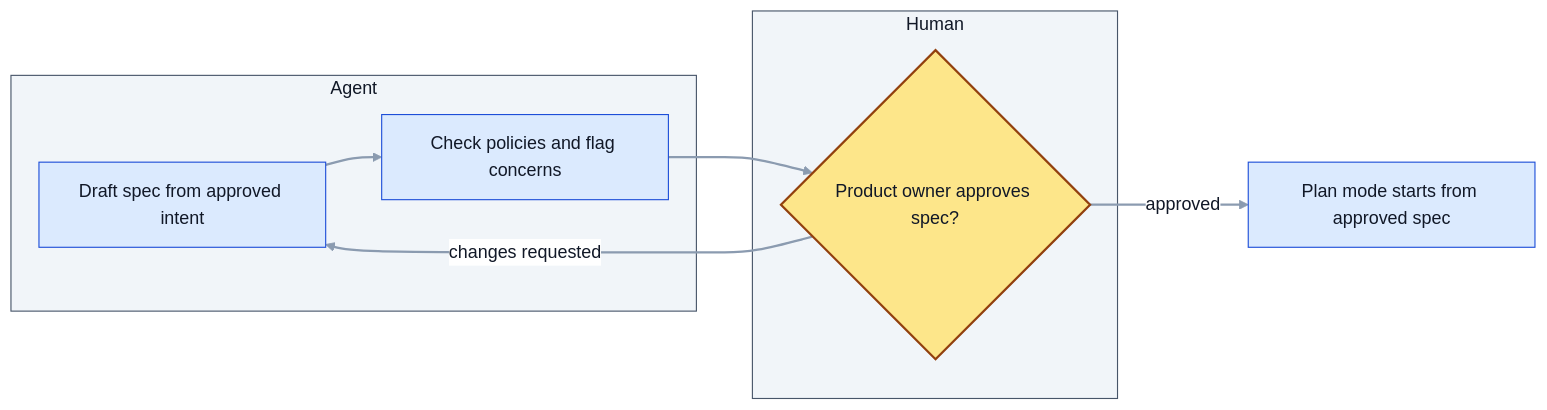
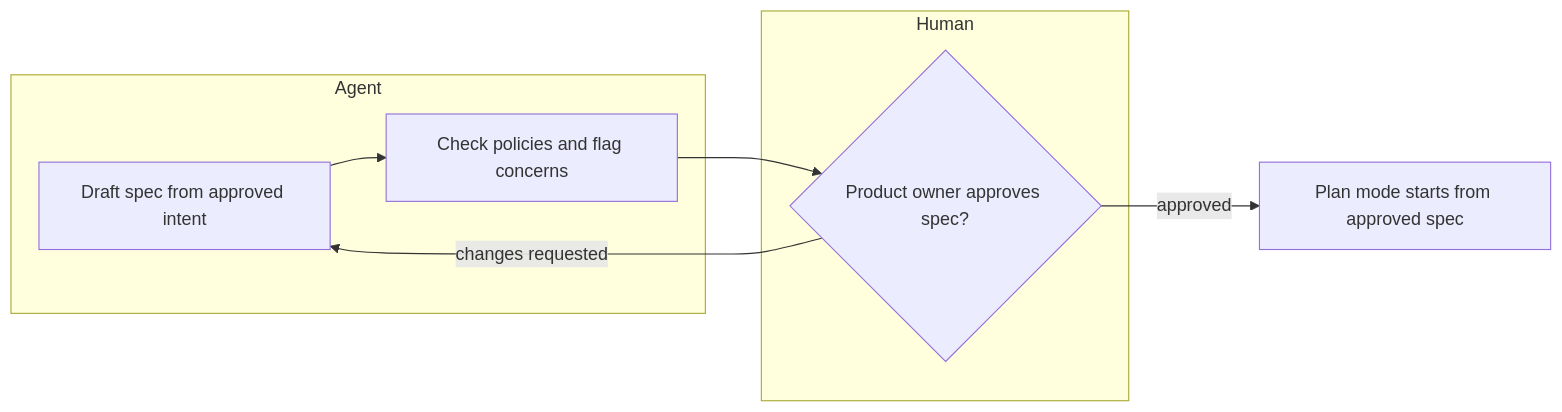
One commit to rafapc2/agentic_sdlc changed the first of 3 diagrams in skills/agentic-sdlc-bootstrap/references/diagramming-guide.md. Above: the diagram before and after it, drawn with Mermaid. The commit also changed other lines of this file and 12 other files, not shown here.

First line of the commit message:
fix: use the default Mermaid theme in diagrams

````diff
--- a/skills/agentic-sdlc-bootstrap/references/diagramming-guide.md
+++ b/skills/agentic-sdlc-bootstrap/references/diagramming-guide.md
@@ -32,17 +32,13 @@
 ```mermaid
-%%{init: {"theme":"base","themeVariables":{"fontFamily":"Arial, sans-serif","fontSize":"16px","lineColor":"#8b9bb0","textColor":"#111827","primaryTextColor":"#111827","primaryColor":"#dbeafe","primaryBorderColor":"#1d4ed8","edgeLabelBackground":"#ffffff","clusterBkg":"#f1f5f9","clusterBorder":"#475569","titleColor":"#111827"},"flowchart":{"curve":"basis","padding":14}}}%%
 flowchart LR
   subgraph Agent
     A[Draft spec from approved intent]
     B[Check policies and flag concerns]
   end
   subgraph Human
     C{Product owner approves spec?}
   end
   A --> B --> C
   C -- approved --> D[Plan mode starts from approved spec]
   C -- changes requested --> A
-  classDef gate fill:#fde68a,stroke:#92400e,stroke-width:2px,color:#111827;
-  class C gate;
-  linkStyle default stroke-width:2px;
 ```
````
